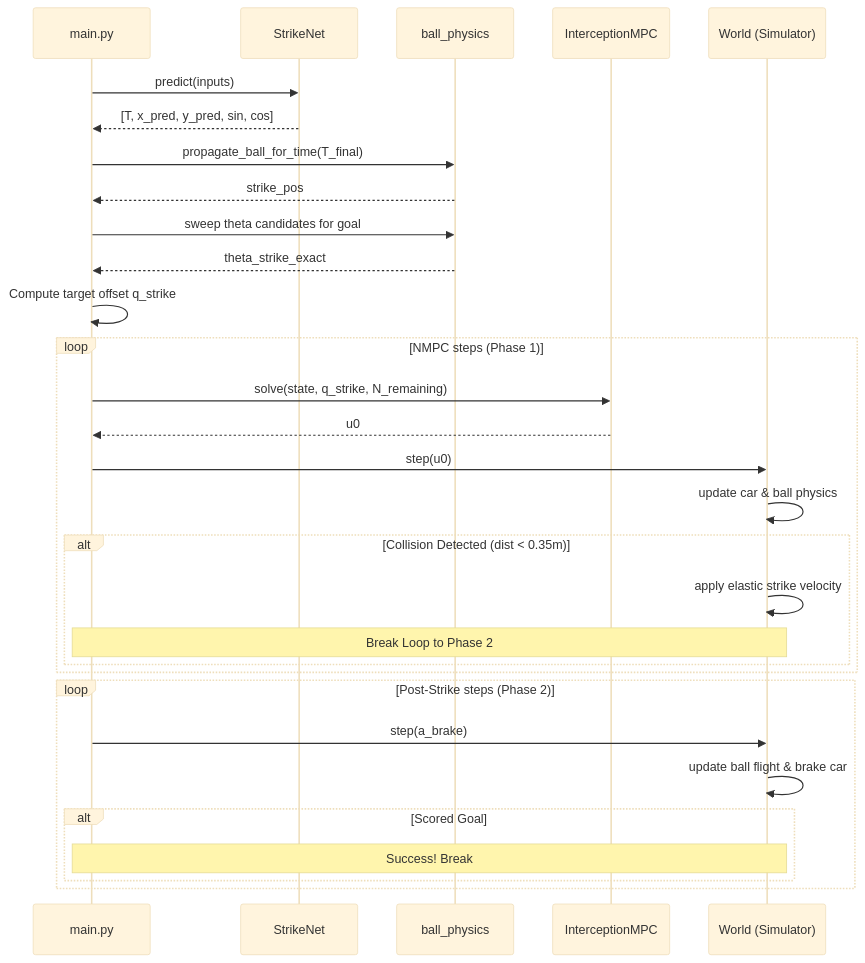
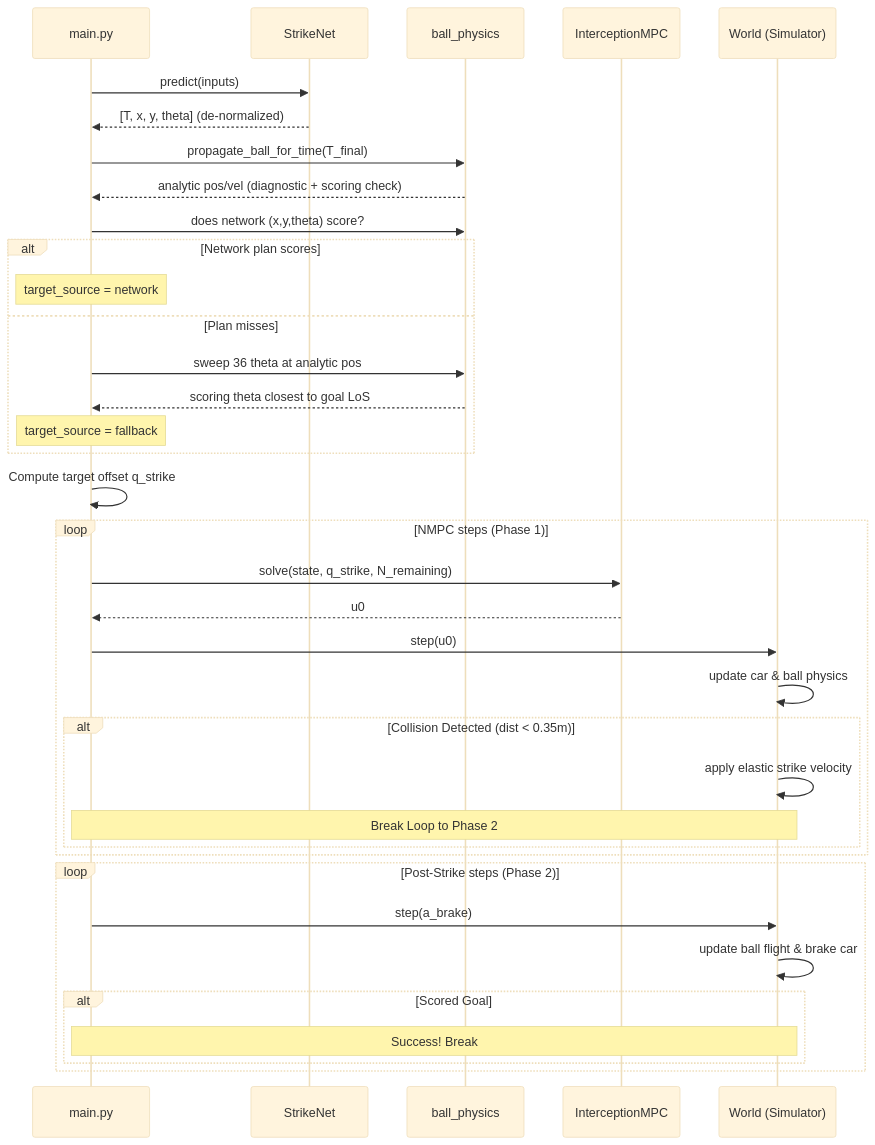
One commit to Nikunj-Agarwal/project_rocket_soccer changed the second of 2 diagrams in docs/PIPELINE_LOGIC.md. Above: the diagram before and after it, drawn with Mermaid (base theme). The commit also changed other lines of this file and 38 other files, not shown here.

First line of the commit message:
Fix StrikeNet integration and add scalability logging for amortization claims

````diff
--- a/docs/PIPELINE_LOGIC.md
+++ b/docs/PIPELINE_LOGIC.md
@@ -58,33 +64,39 @@
 ```mermaid
 sequenceDiagram
   participant Main as main.py
   participant Net as StrikeNet
   participant BP as ball_physics
   participant MPC as InterceptionMPC
   participant World as World (Simulator)
 
   Main->>Net: predict(inputs)
-  Net-->>Main: [T, x_pred, y_pred, sin, cos]
+  Net-->>Main: [T, x, y, theta] (de-normalized)
   Main->>BP: propagate_ball_for_time(T_final)
-  BP-->>Main: strike_pos
-  Main->>BP: sweep theta candidates for goal
-  BP-->>Main: theta_strike_exact
+  BP-->>Main: analytic pos/vel (diagnostic + scoring check)
+  Main->>BP: does network (x,y,theta) score?
+  alt Network plan scores
+    Note over Main: target_source = network
+  else Plan misses
+    Main->>BP: sweep 36 theta at analytic pos
+    BP-->>Main: scoring theta closest to goal LoS
+    Note over Main: target_source = fallback
+  end
   Main->>Main: Compute target offset q_strike
   loop NMPC steps (Phase 1)
     Main->>MPC: solve(state, q_strike, N_remaining)
     MPC-->>Main: u0
     Main->>World: step(u0)
     World->>World: update car & ball physics
     alt Collision Detected (dist < 0.35m)
       World->>World: apply elastic strike velocity
       Note over Main, World: Break Loop to Phase 2
     end
   end
   loop Post-Strike steps (Phase 2)
     Main->>World: step(a_brake)
     World->>World: update ball flight & brake car
     alt Scored Goal
       Note over Main, World: Success! Break
     end
   end
 ```
````
